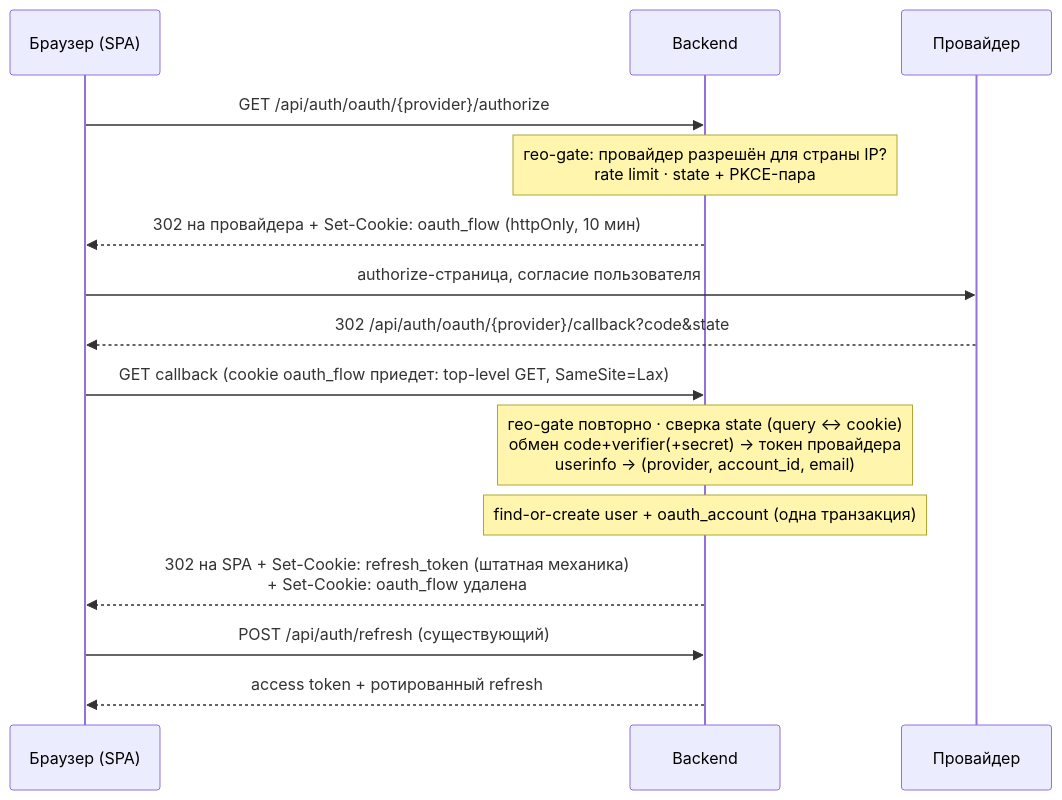
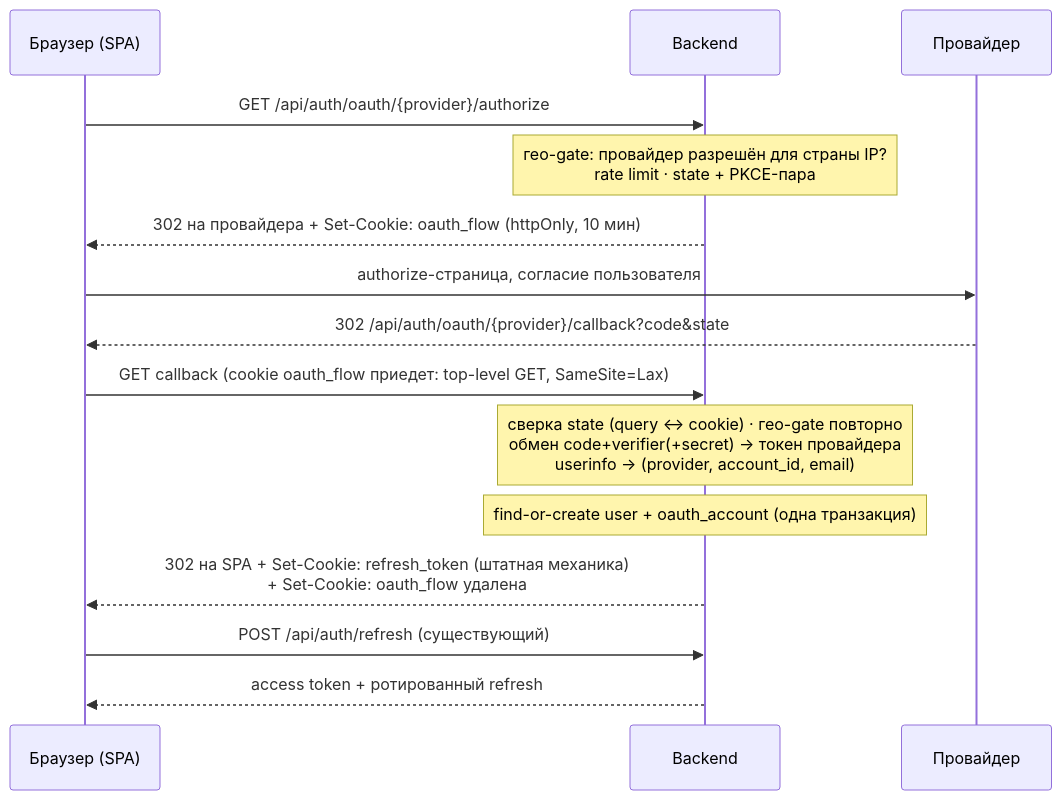
One commit to Bbar0n234/learnflow-ai changed the first of 5 diagrams in doc/tasks/iterations/dogfooding/feat-008-oauth-auth-screens/design-brief.md. Above: the diagram before and after it, drawn with Mermaid. The commit also changed other lines of this file, not shown here.

````diff
--- a/doc/tasks/iterations/dogfooding/feat-008-oauth-auth-screens/design-brief.md
+++ b/doc/tasks/iterations/dogfooding/feat-008-oauth-auth-screens/design-brief.md
@@ -27,18 +27,18 @@
 ```mermaid
 sequenceDiagram
     participant B as Браузер (SPA)
     participant BE as Backend
     participant P as Провайдер
 
     B->>BE: GET /api/auth/oauth/{provider}/authorize
     Note over BE: гео-gate: провайдер разрешён для страны IP?<br/>rate limit · state + PKCE-пара
     BE-->>B: 302 на провайдера + Set-Cookie: oauth_flow (httpOnly, 10 мин)
     B->>P: authorize-страница, согласие пользователя
     P-->>B: 302 /api/auth/oauth/{provider}/callback?code&state
     B->>BE: GET callback (cookie oauth_flow приедет: top-level GET, SameSite=Lax)
-    Note over BE: гео-gate повторно · сверка state (query ↔ cookie)<br/>обмен code+verifier(+secret) → токен провайдера<br/>userinfo → (provider, account_id, email)
+    Note over BE: сверка state (query ↔ cookie) · гео-gate повторно<br/>обмен code+verifier(+secret) → токен провайдера<br/>userinfo → (provider, account_id, email)
     Note over BE: find-or-create user + oauth_account (одна транзакция)
     BE-->>B: 302 на SPA + Set-Cookie: refresh_token (штатная механика)<br/>+ Set-Cookie: oauth_flow удалена
     B->>BE: POST /api/auth/refresh (существующий)
     BE-->>B: access token + ротированный refresh
 ```
````
